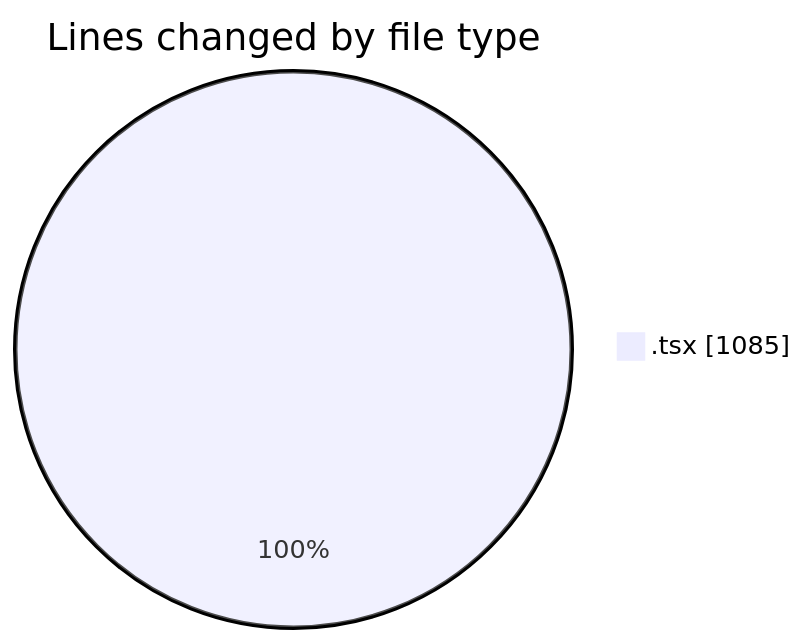
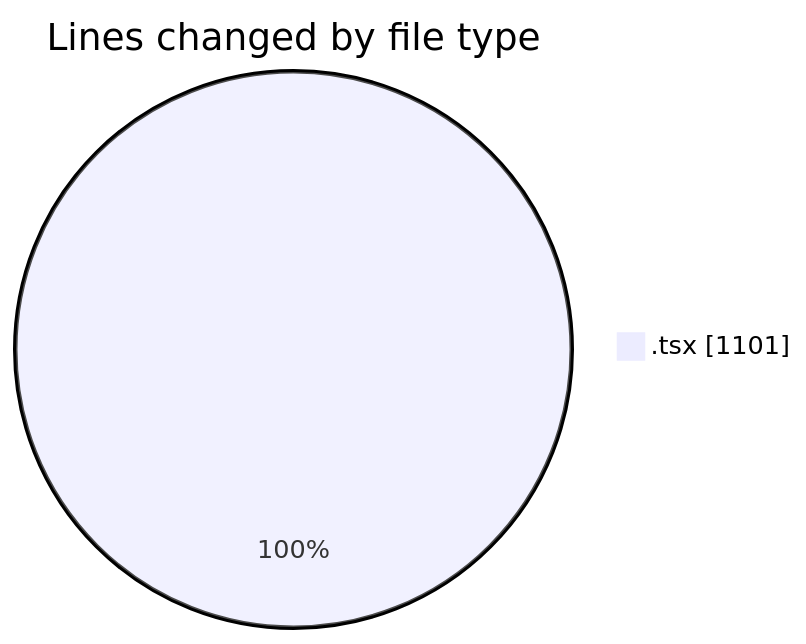
Before and after one commit to nxtqubesakshisongat/code-tracking: the first of 2 diagrams in 2026-06-12/nxtqube_webapp/README.md, drawn with Mermaid. The commit also changed other lines of this file and 1 other file, not shown here.

````diff
--- a/2026-06-12/nxtqube_webapp/README.md
+++ b/2026-06-12/nxtqube_webapp/README.md
@@ -22,5 +22,5 @@
 ```mermaid
 pie showData
 title Lines changed by file type
-".tsx" : 1085
+".tsx" : 1101
 ```
````
